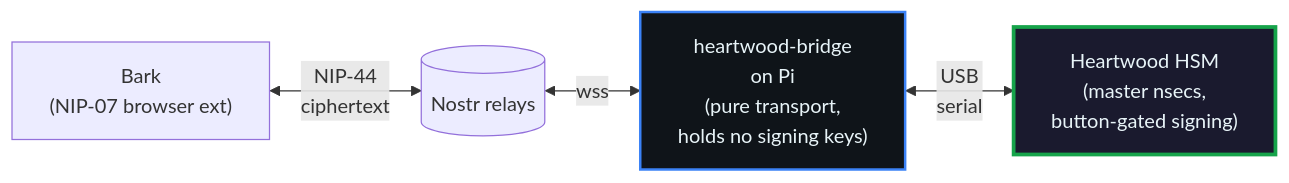
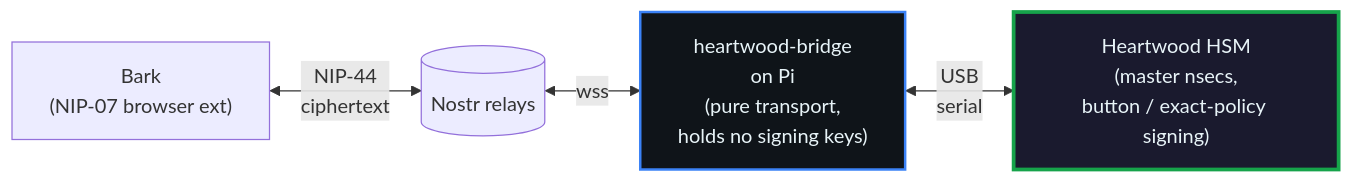
The diagram in README.md (forgesworn/heartwood-esp32), drawn with Mermaid before and after one commit. The commit also changed other lines of this file and 36 other files, not shown here.

````diff
--- a/README.md
+++ b/README.md
@@ -11,14 +11,14 @@
 ```mermaid
 flowchart LR
     Bark["Bark<br/>(NIP-07 browser ext)"]
     Relays[("Nostr relays")]
     Bridge["heartwood-bridge<br/>on Pi<br/>(pure transport,<br/>holds no signing keys)"]
-    HSM["Heartwood HSM<br/>(master nsecs,<br/>button-gated signing)"]
+    HSM["Heartwood HSM<br/>(master nsecs,<br/>button / exact-policy signing)"]
 
     Bark <-->|"NIP-44<br/>ciphertext"| Relays
     Relays <-->|"wss"| Bridge
     Bridge <-->|"USB<br/>serial"| HSM
 
     style HSM fill:#1a1a2e,stroke:#16a34a,stroke-width:3px,color:#e8f4f8
     style Bridge fill:#0f1419,stroke:#3b82f6,stroke-width:2px,color:#e8f4f8
 ```
````
